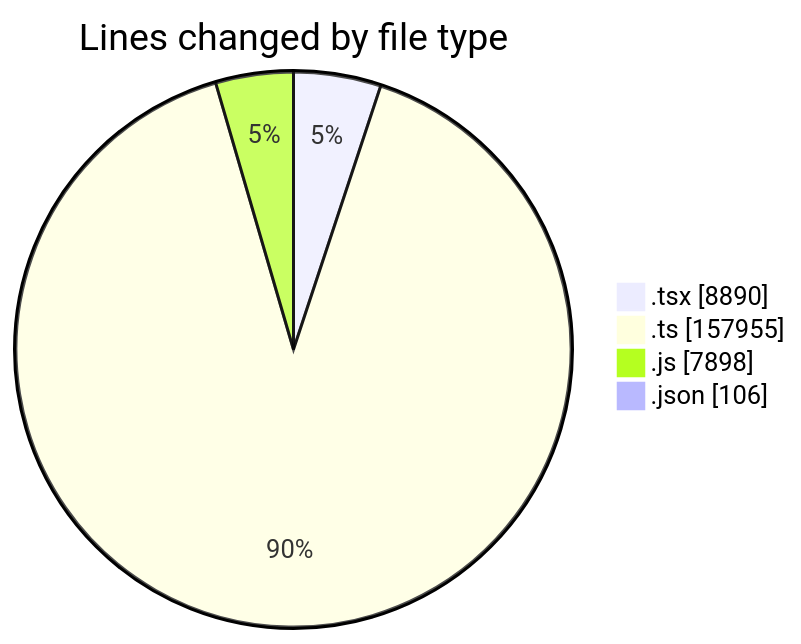
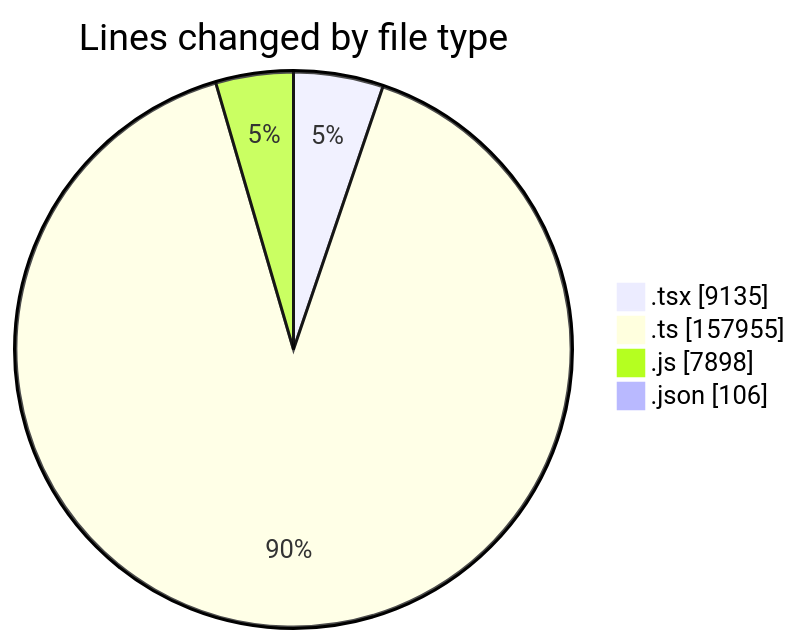
Before and after one commit to momahboobian/code-tracking: the first of 2 diagrams in 2026-07-30/cda/README.md, drawn with Mermaid. The commit also changed other lines of this file and 1 other file, not shown here.

````diff
--- a/2026-07-30/cda/README.md
+++ b/2026-07-30/cda/README.md
@@ -58,8 +58,8 @@
 ```mermaid
 pie showData
 title Lines changed by file type
-".tsx" : 8890
+".tsx" : 9135
 ".ts" : 157955
 ".js" : 7898
 ".json" : 106
 ```
````
